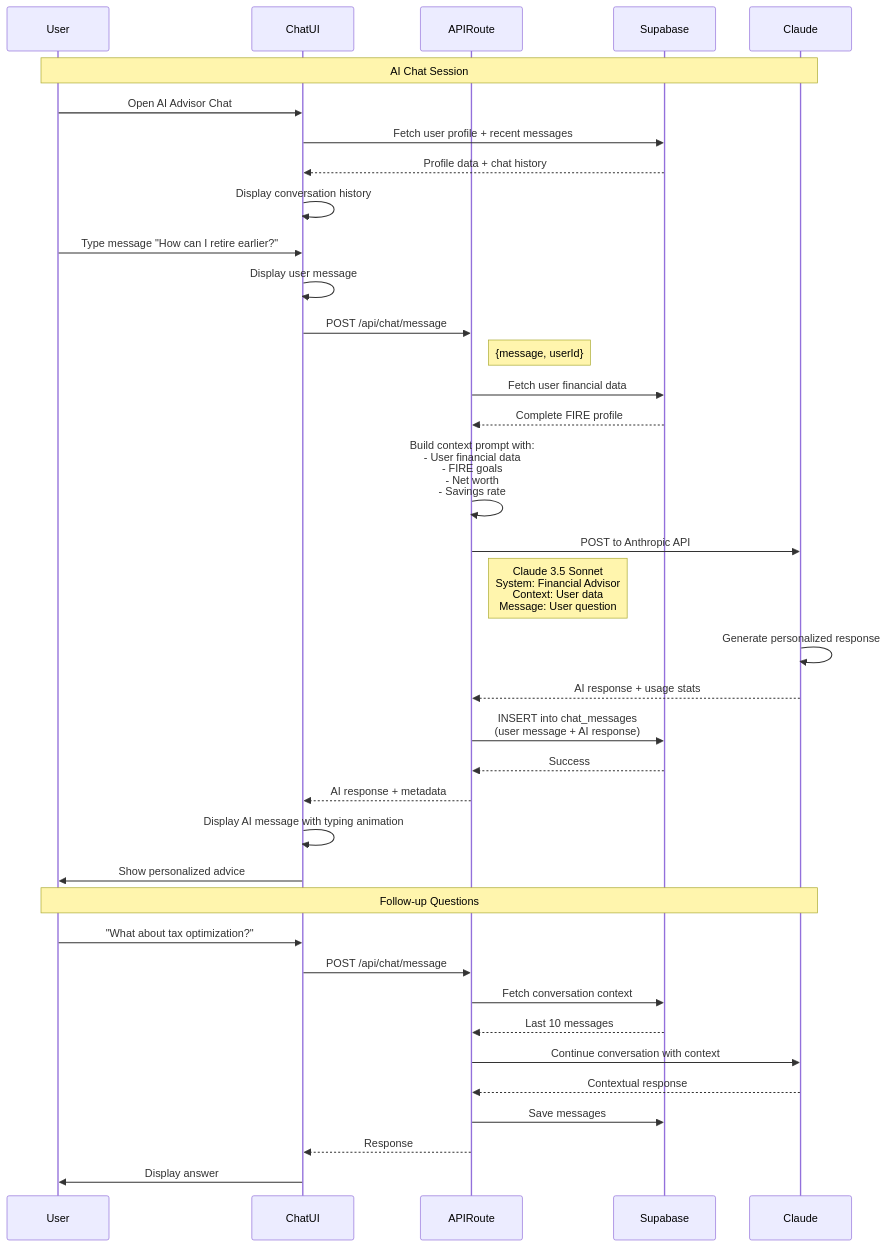
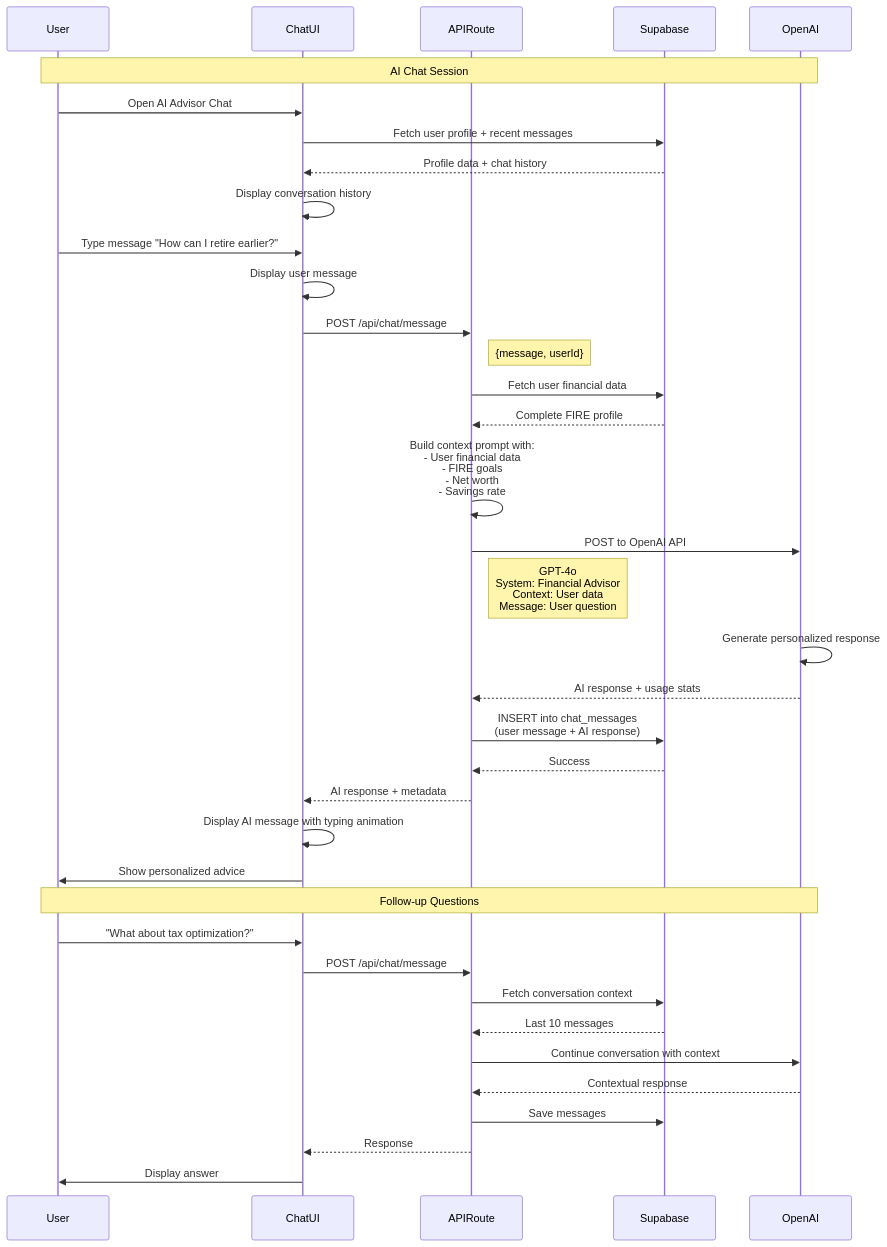
One commit to sjtinkerer-stack/firecfo-mvp changed the fourth of 11 diagrams in docs/system-architecture-diagram.md. Above: the diagram before and after it, drawn with Mermaid. The commit also changed other lines of this file, not shown here.

First line of the commit message:
CORRECTION: Update architecture to use OpenAI API instead of Anthropic (v3.0)

````diff
--- a/docs/system-architecture-diagram.md
+++ b/docs/system-architecture-diagram.md
@@ -230,50 +230,50 @@
 ```mermaid
 sequenceDiagram
     participant User
     participant ChatUI
     participant APIRoute
     participant Supabase
-    participant Claude
+    participant OpenAI
 
-    Note over User,Claude: AI Chat Session
+    Note over User,OpenAI: AI Chat Session
 
     User->>ChatUI: Open AI Advisor Chat
     ChatUI->>Supabase: Fetch user profile + recent messages
     Supabase-->>ChatUI: Profile data + chat history
     ChatUI->>ChatUI: Display conversation history
 
     User->>ChatUI: Type message "How can I retire earlier?"
     ChatUI->>ChatUI: Display user message
 
     ChatUI->>APIRoute: POST /api/chat/message
     Note right of APIRoute: {message, userId}
 
     APIRoute->>Supabase: Fetch user financial data
     Supabase-->>APIRoute: Complete FIRE profile
 
     APIRoute->>APIRoute: Build context prompt with:<br/>- User financial data<br/>- FIRE goals<br/>- Net worth<br/>- Savings rate
 
-    APIRoute->>Claude: POST to Anthropic API
-    Note right of APIRoute: Claude 3.5 Sonnet<br/>System: Financial Advisor<br/>Context: User data<br/>Message: User question
+    APIRoute->>OpenAI: POST to OpenAI API
+    Note right of APIRoute: GPT-4o<br/>System: Financial Advisor<br/>Context: User data<br/>Message: User question
 
-    Claude->>Claude: Generate personalized response
-    Claude-->>APIRoute: AI response + usage stats
+    OpenAI->>OpenAI: Generate personalized response
+    OpenAI-->>APIRoute: AI response + usage stats
 
     APIRoute->>Supabase: INSERT into chat_messages<br/>(user message + AI response)
     Supabase-->>APIRoute: Success
 
     APIRoute-->>ChatUI: AI response + metadata
     ChatUI->>ChatUI: Display AI message with typing animation
     ChatUI->>User: Show personalized advice
 
-    Note over User,Claude: Follow-up Questions
+    Note over User,OpenAI: Follow-up Questions
     User->>ChatUI: "What about tax optimization?"
     ChatUI->>APIRoute: POST /api/chat/message
     APIRoute->>Supabase: Fetch conversation context
     Supabase-->>APIRoute: Last 10 messages
-    APIRoute->>Claude: Continue conversation with context
-    Claude-->>APIRoute: Contextual response
+    APIRoute->>OpenAI: Continue conversation with context
+    OpenAI-->>APIRoute: Contextual response
     APIRoute->>Supabase: Save messages
     APIRoute-->>ChatUI: Response
     ChatUI->>User: Display answer
 ```
````
